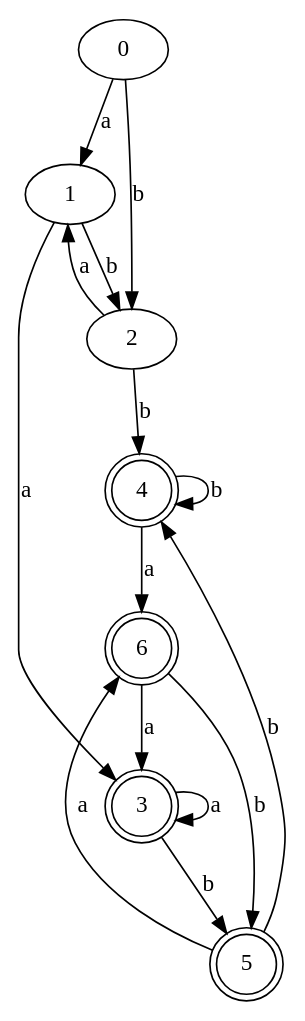
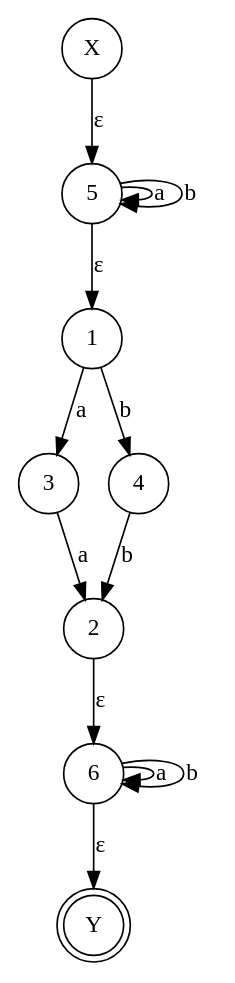
One commit to xtf0214/compiler_principle changed the diagram in output/nfa.gv. Above: the diagram before and after it, drawn with Graphviz. The commit also changed 83 other files, not shown here.

```diff
--- a/output/nfa.gv
+++ b/output/nfa.gv
@@ -1,27 +1,23 @@
 digraph nfa {
-	0 [label=0]
-	1 [label=1]
-	2 [label=2]
-	3 [label=3]
-	4 [label=4]
-	5 [label=5]
-	6 [label=6]
-	3 [label=3 shape=doublecircle]
-	4 [label=4 shape=doublecircle]
-	5 [label=5 shape=doublecircle]
-	6 [label=6 shape=doublecircle]
-	0 -> 1 [label=a]
-	0 -> 2 [label=b]
+	X [label=X shape=circle]
+	5 [label=5 shape=circle]
+	1 [label=1 shape=circle]
+	3 [label=3 shape=circle]
+	4 [label=4 shape=circle]
+	2 [label=2 shape=circle]
+	6 [label=6 shape=circle]
+	Y [label=Y shape=circle]
+	Y [label=Y shape=doublecircle]
+	X -> 5 [label="ε"]
+	5 -> 5 [label=a]
+	5 -> 5 [label=b]
+	5 -> 1 [label="ε"]
 	1 -> 3 [label=a]
-	1 -> 2 [label=b]
-	2 -> 1 [label=a]
-	2 -> 4 [label=b]
-	3 -> 3 [label=a]
-	3 -> 5 [label=b]
-	4 -> 6 [label=a]
-	4 -> 4 [label=b]
-	5 -> 6 [label=a]
-	5 -> 4 [label=b]
-	6 -> 3 [label=a]
-	6 -> 5 [label=b]
+	1 -> 4 [label=b]
+	3 -> 2 [label=a]
+	4 -> 2 [label=b]
+	2 -> 6 [label="ε"]
+	6 -> 6 [label=a]
+	6 -> 6 [label=b]
+	6 -> Y [label="ε"]
 }
```
